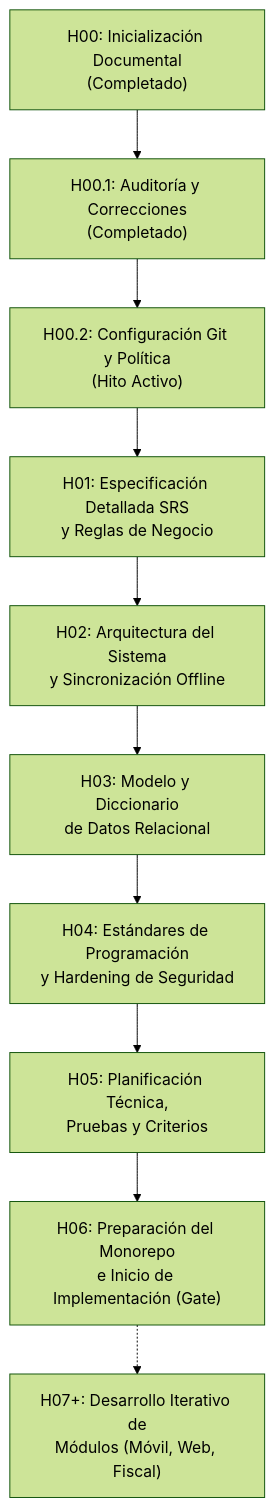
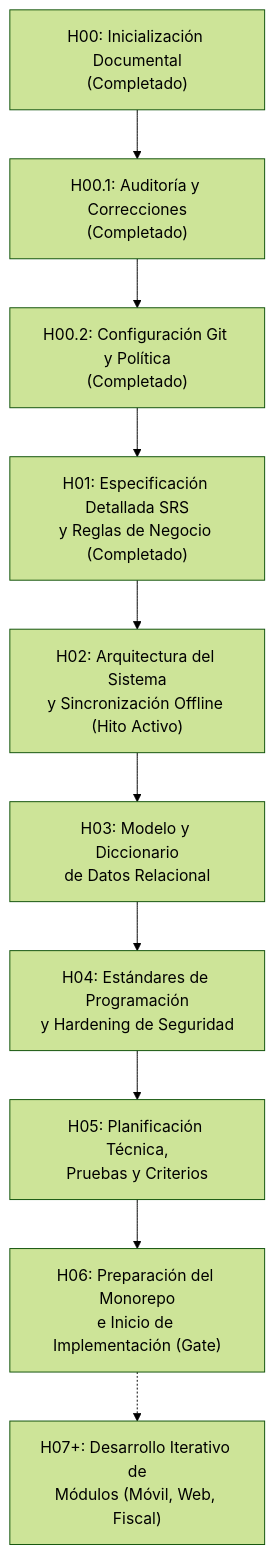
Before and after one commit to JMedina255/Proyecto_tienda: the diagram in docs/05-planificacion/PLAN_DESARROLLO.md, drawn with Mermaid (forest theme). The commit also changed other lines of this file and 6 other files, not shown here.

````diff
--- a/docs/05-planificacion/PLAN_DESARROLLO.md
+++ b/docs/05-planificacion/PLAN_DESARROLLO.md
@@ -16,12 +16,12 @@
 ```mermaid
 flowchart TD
     H00["H00: Inicialización Documental\n(Completado)"] --> H00_1["H00.1: Auditoría y Correcciones\n(Completado)"]
-    H00_1 --> H00_2["H00.2: Configuración Git y Política\n(Hito Activo)"]
-    H00_2 --> H01["H01: Especificación Detallada SRS\ny Reglas de Negocio"]
-    H01 --> H02["H02: Arquitectura del Sistema\ny Sincronización Offline"]
+    H00_1 --> H00_2["H00.2: Configuración Git y Política\n(Completado)"]
+    H00_2 --> H01["H01: Especificación Detallada SRS\ny Reglas de Negocio (Completado)"]
+    H01 --> H02["H02: Arquitectura del Sistema\ny Sincronización Offline (Hito Activo)"]
     H02 --> H03["H03: Modelo y Diccionario\nde Datos Relacional"]
     H03 --> H04["H04: Estándares de Programación\ny Hardening de Seguridad"]
     H04 --> H05["H05: Planificación Técnica,\nPruebas y Criterios"]
     H05 --> H06["H06: Preparación del Monorepo\ne Inicio de Implementación (Gate)"]
     H06 -.-> H07["H07+: Desarrollo Iterativo de\nMódulos (Móvil, Web, Fiscal)"]
 ```
````
